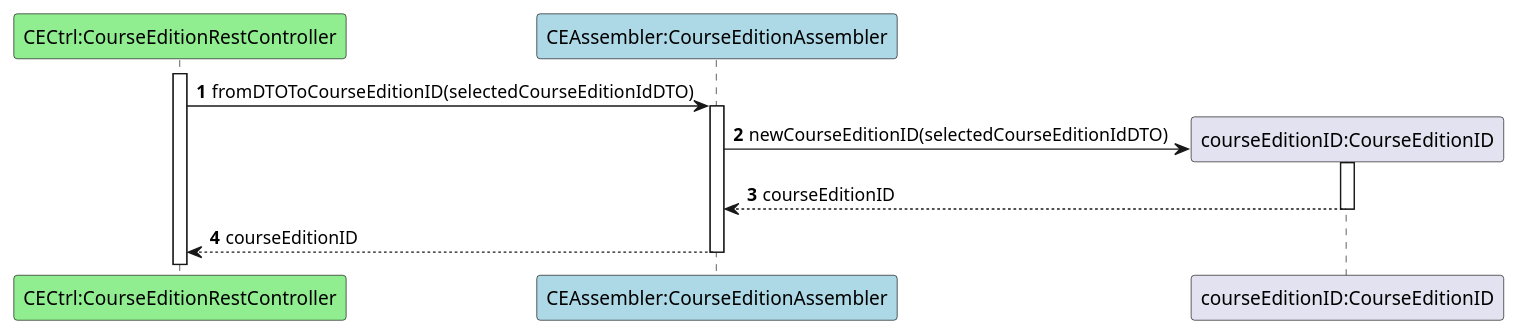
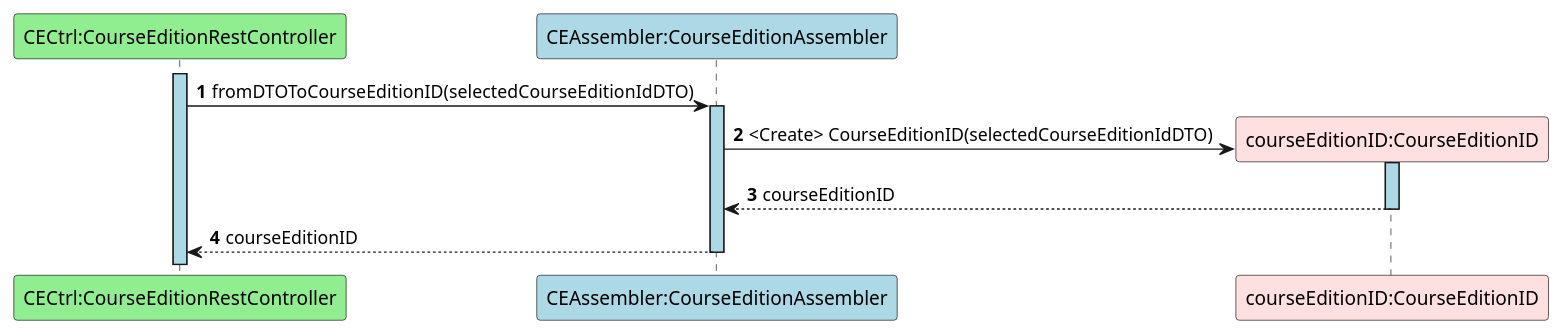
One commit to GasparISEP/DevOps-PAI changed the diagram in docs/US36/ScenarioView/References/ConvertDTOToCourseEditionIDVO.puml. Above: the diagram before and after it, drawn with PlantUML. The commit also changed 9 other files, not shown here.

Commit message:
Refs #652, #658: Refactored all US36 diagrams visual aspect

```diff
--- a/docs/US36/ScenarioView/References/ConvertDTOToCourseEditionIDVO.puml
+++ b/docs/US36/ScenarioView/References/ConvertDTOToCourseEditionIDVO.puml
@@ -1,15 +1,16 @@
 @startuml
 autonumber
+skinparam sequenceLifeLineBackgroundColor #lightblue
 
 participant "CECtrl:CourseEditionRestController" as ceC #lightgreen
 participant "CEAssembler:CourseEditionAssembler" as A #lightblue
-participant "courseEditionID:CourseEditionID" as CE
+participant "courseEditionID:CourseEditionID" as CE #implementation
 
 activate ceC
 ceC -> A ++: fromDTOToCourseEditionID(selectedCourseEditionIdDTO)
-A -> CE**: newCourseEditionID(selectedCourseEditionIdDTO)
+A -> CE**: <Create> CourseEditionID(selectedCourseEditionIdDTO)
 activate CE
 CE --> A --: courseEditionID
 deactivate CE
 A --> ceC --: courseEditionID
 @enduml
```
